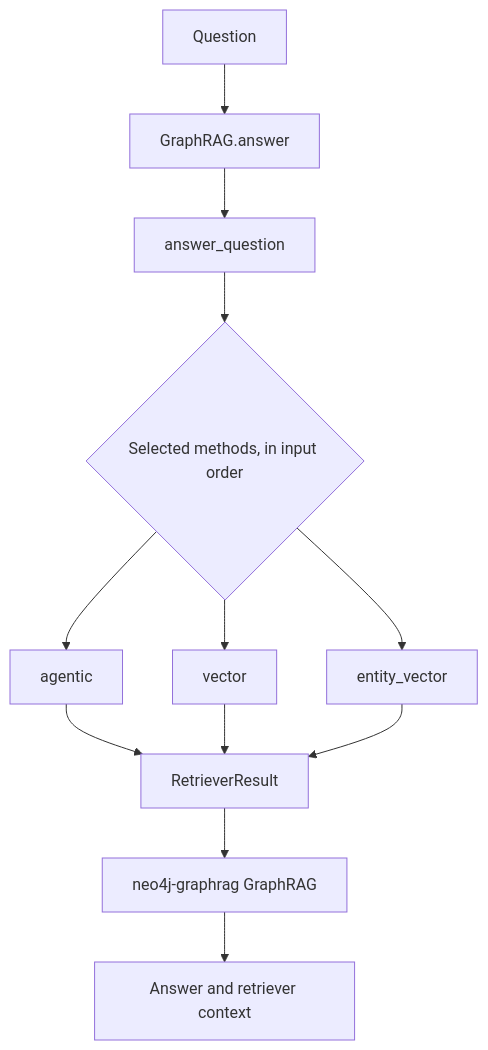
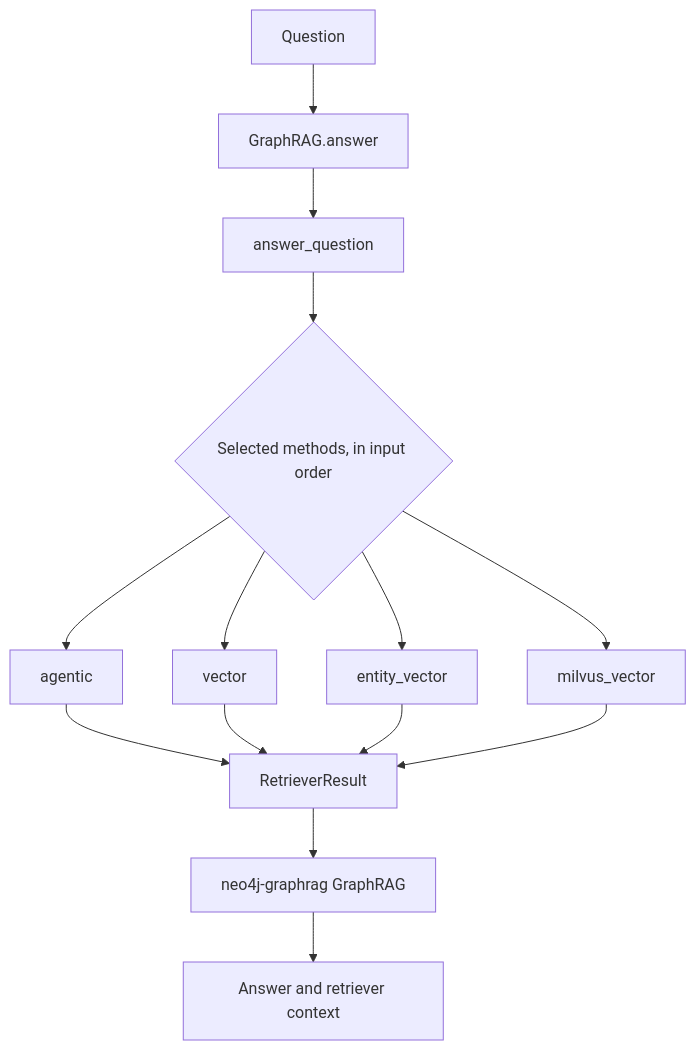
Before and after one commit to udit19199/RecRAG: the first of 2 diagrams in docs/graphrag/retrieval.md, drawn with Mermaid. The commit also changed other lines of this file and 41 other files, not shown here.

````diff
--- a/docs/graphrag/retrieval.md
+++ b/docs/graphrag/retrieval.md
@@ -13,14 +25,16 @@
 ```mermaid
 flowchart TD
     A[Question] --> B[GraphRAG.answer]
     B --> C[answer_question]
     C --> D{Selected methods, in input order}
     D --> E[agentic]
     D --> F[vector]
     D --> G[entity_vector]
+    D --> K[milvus_vector]
     E --> H[RetrieverResult]
     F --> H
     G --> H
+    K --> H
     H --> I[neo4j-graphrag GraphRAG]
     I --> J[Answer and retriever context]
 ```
````
